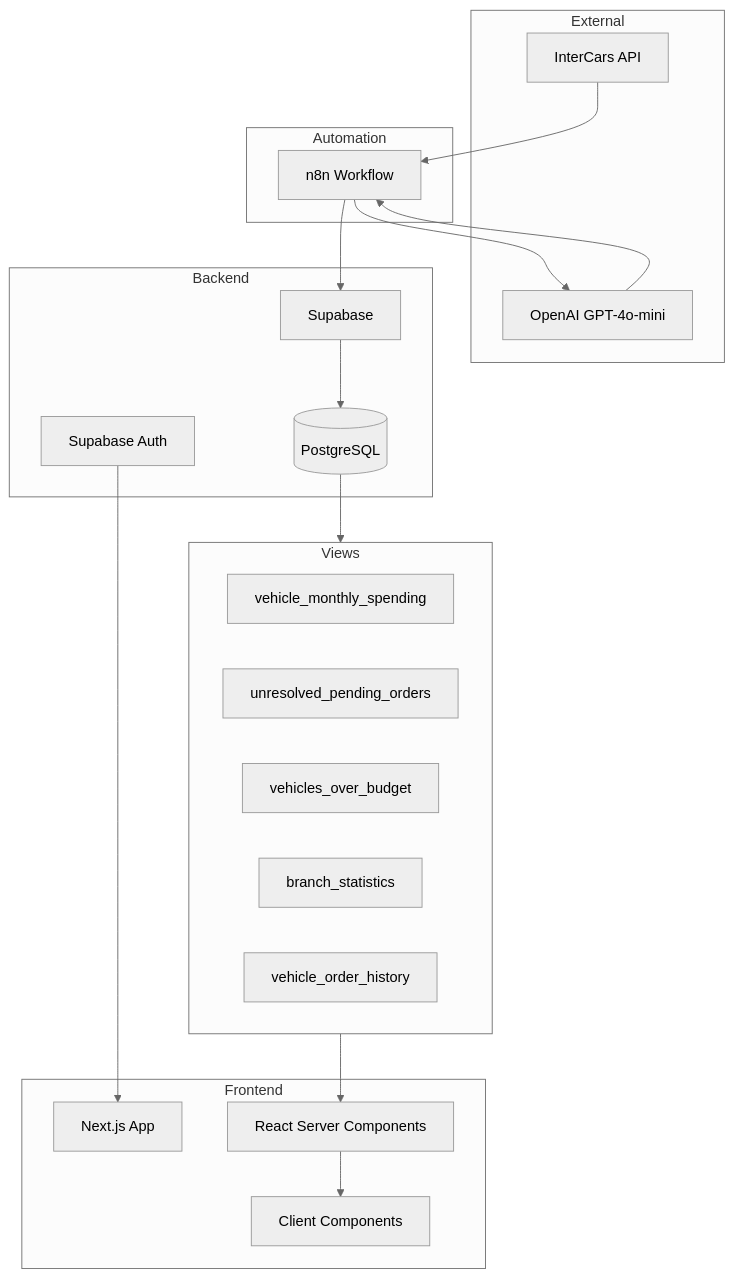
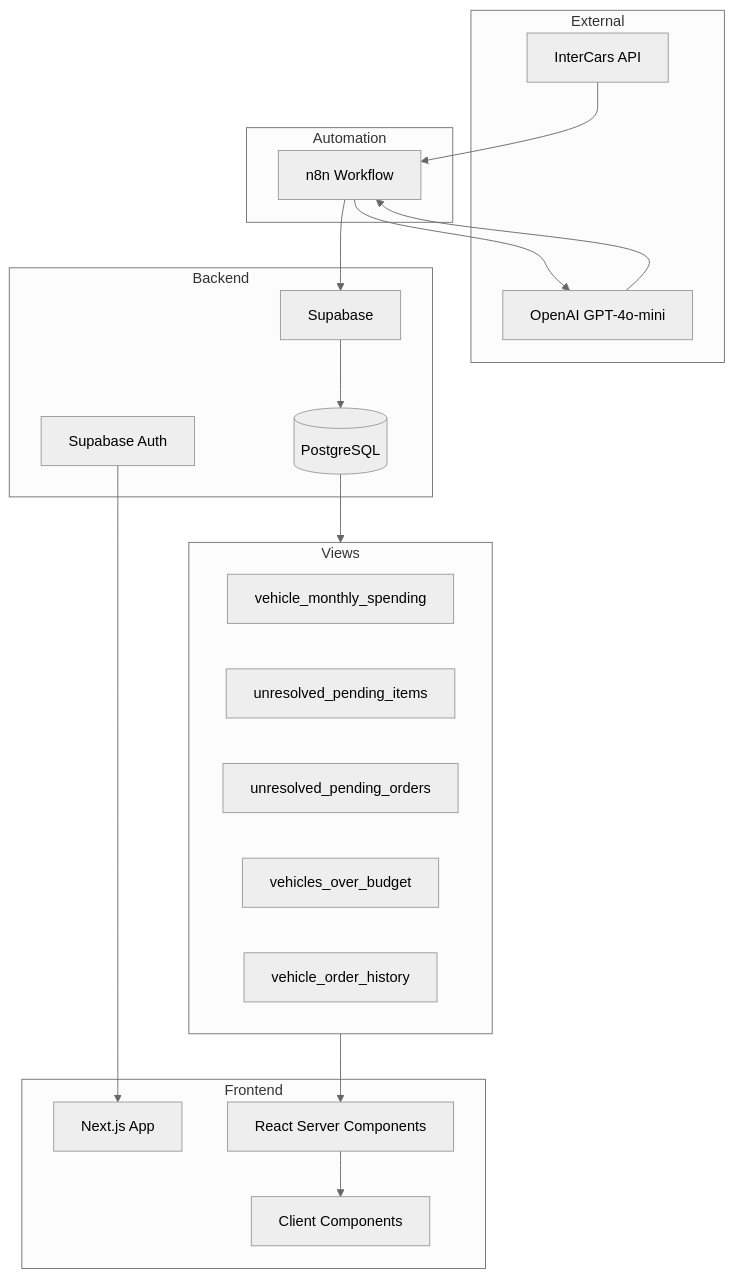
One commit to Fluinty/FleetManager changed the first of 4 diagrams in SPECS.md. Above: the diagram before and after it, drawn with Mermaid (neutral theme). The commit also changed other lines of this file and 6 other files, not shown here.

````diff
--- a/SPECS.md
+++ b/SPECS.md
@@ -143,41 +149,41 @@
 ```mermaid
 flowchart TB
     subgraph External
         IC[InterCars API]
         AI[OpenAI GPT-4o-mini]
     end
 
     subgraph Automation
         N8N[n8n Workflow]
     end
 
     subgraph Backend
         SB[Supabase]
         DB[(PostgreSQL)]
         AUTH[Supabase Auth]
     end
 
     subgraph Frontend
         NEXT[Next.js App]
         RSC[React Server Components]
         CLIENT[Client Components]
     end
 
     subgraph Views
         V1[vehicle_monthly_spending]
-        V2[unresolved_pending_orders]
-        V3[vehicles_over_budget]
-        V4[branch_statistics]
+        V2[unresolved_pending_items]
+        V3[unresolved_pending_orders]
+        V4[vehicles_over_budget]
         V5[vehicle_order_history]
     end
 
     IC --> N8N
     N8N --> AI
     AI --> N8N
     N8N --> SB
     SB --> DB
     AUTH --> NEXT
     DB --> Views
     Views --> RSC
     RSC --> CLIENT
 ```
````
